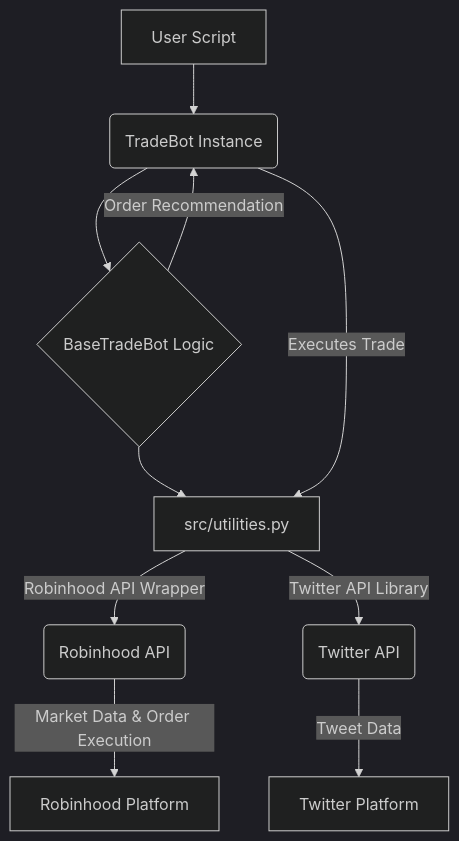
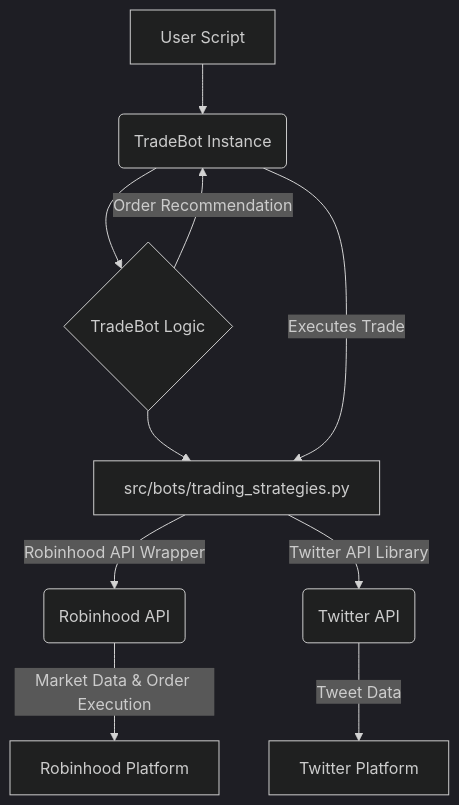
Before and after one commit to ElysiumOSS/robinhood-bot: the diagram in README.md, drawn with Mermaid (dark theme). The commit also changed other lines of this file and 25 other files, not shown here.

First line of the commit message:
refactor(core): ♻️ Refactor bot to use config-driven TradeBot with strategies

````diff
--- a/README.md
+++ b/README.md
@@ -102,12 +102,12 @@
 ```mermaid
 graph TD
     A[User Script] --> B(TradeBot Instance)
-    B --> C{BaseTradeBot Logic}
-    C --> D[src/utilities.py]
+    B --> C{TradeBot Logic}
+    C --> D[src/bots/trading_strategies.py]
     D -- Robinhood API Wrapper --> E(Robinhood API)
     D -- Twitter API Library --> F(Twitter API)
     E -- Market Data & Order Execution --> G[Robinhood Platform]
     F -- Tweet Data --> H[Twitter Platform]
     C -- Order Recommendation --> B
     B -- Executes Trade --> D
 ```
````
